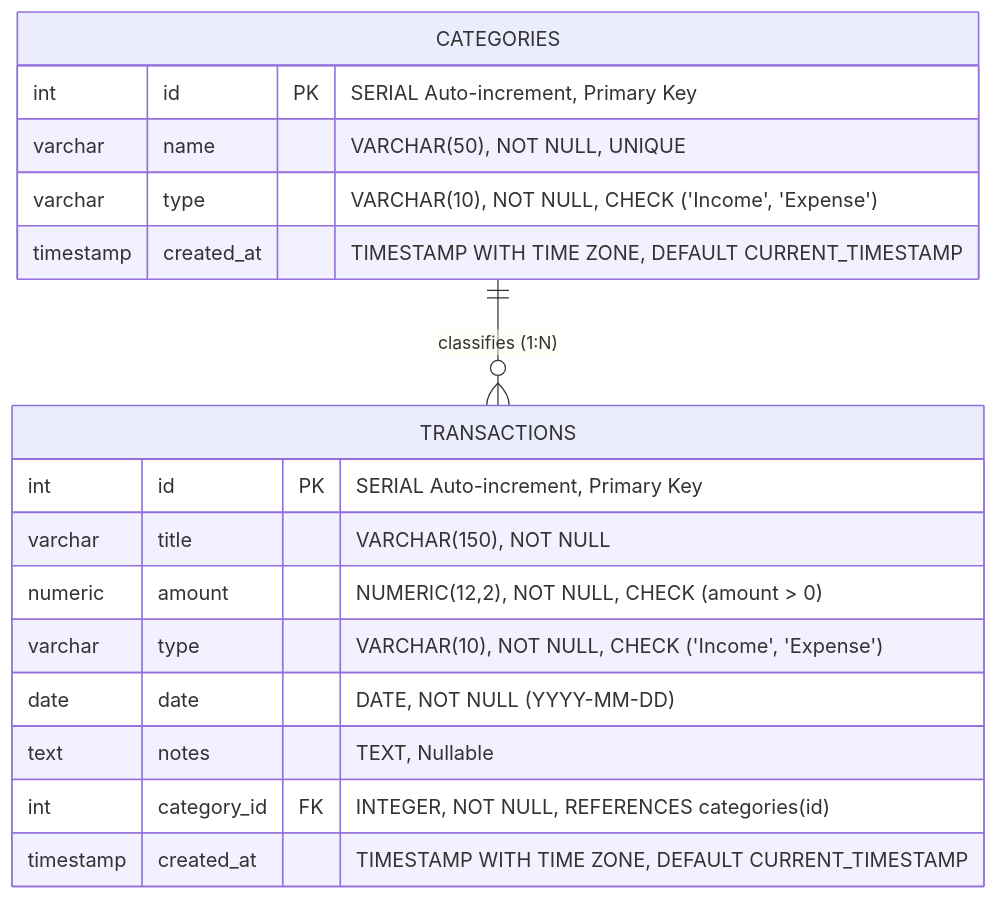
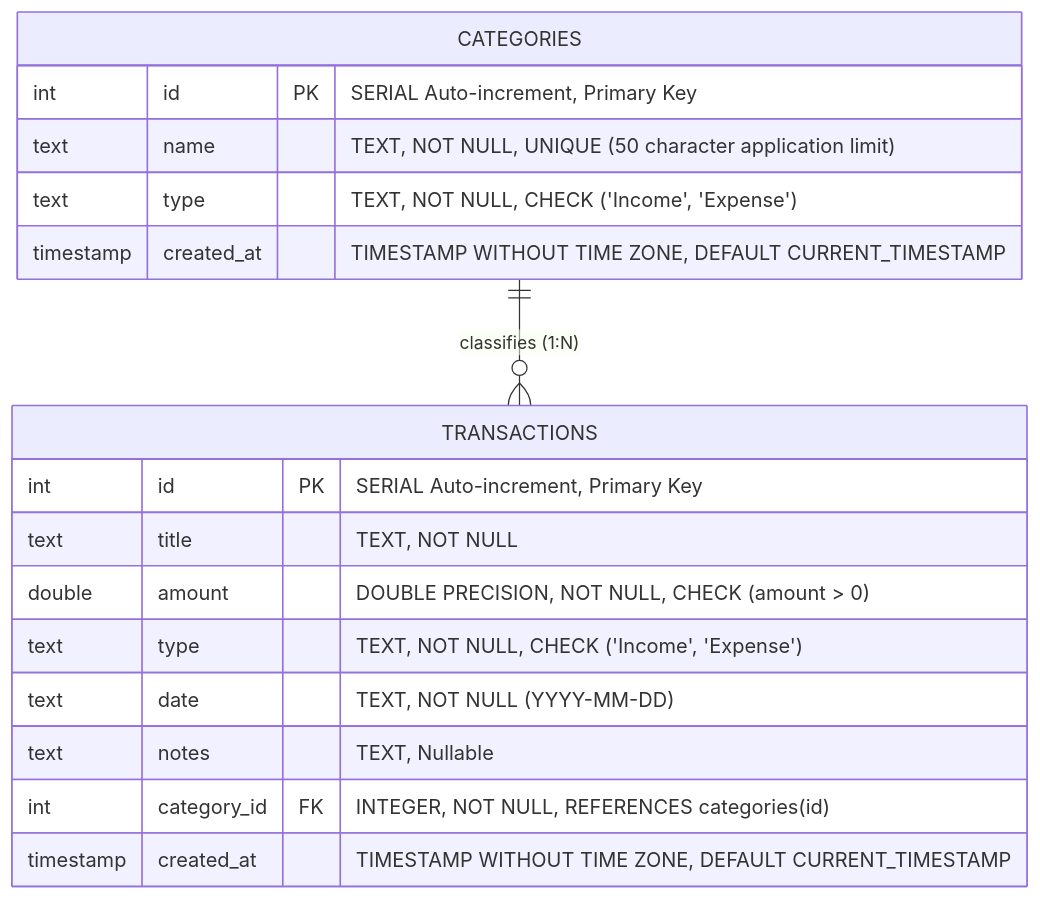
One commit to shreysaxena956/SpendWise changed the diagram in docs/database-design.md. Above: the diagram before and after it, drawn with Mermaid. The commit also changed other lines of this file and 21 other files, not shown here.

````diff
--- a/docs/database-design.md
+++ b/docs/database-design.md
@@ -16,22 +16,22 @@
 ```mermaid
 erDiagram
     CATEGORIES {
         int id PK "SERIAL Auto-increment, Primary Key"
-        varchar name "VARCHAR(50), NOT NULL, UNIQUE"
-        varchar type "VARCHAR(10), NOT NULL, CHECK ('Income', 'Expense')"
-        timestamp created_at "TIMESTAMP WITH TIME ZONE, DEFAULT CURRENT_TIMESTAMP"
+        text name "TEXT, NOT NULL, UNIQUE (50 character application limit)"
+        text type "TEXT, NOT NULL, CHECK ('Income', 'Expense')"
+        timestamp created_at "TIMESTAMP WITHOUT TIME ZONE, DEFAULT CURRENT_TIMESTAMP"
     }
 
     TRANSACTIONS {
         int id PK "SERIAL Auto-increment, Primary Key"
-        varchar title "VARCHAR(150), NOT NULL"
-        numeric amount "NUMERIC(12,2), NOT NULL, CHECK (amount > 0)"
-        varchar type "VARCHAR(10), NOT NULL, CHECK ('Income', 'Expense')"
-        date date "DATE, NOT NULL (YYYY-MM-DD)"
+        text title "TEXT, NOT NULL"
+        double amount "DOUBLE PRECISION, NOT NULL, CHECK (amount > 0)"
+        text type "TEXT, NOT NULL, CHECK ('Income', 'Expense')"
+        text date "TEXT, NOT NULL (YYYY-MM-DD)"
         text notes "TEXT, Nullable"
         int category_id FK "INTEGER, NOT NULL, REFERENCES categories(id)"
-        timestamp created_at "TIMESTAMP WITH TIME ZONE, DEFAULT CURRENT_TIMESTAMP"
+        timestamp created_at "TIMESTAMP WITHOUT TIME ZONE, DEFAULT CURRENT_TIMESTAMP"
     }
 
     CATEGORIES ||--o{ TRANSACTIONS : "classifies (1:N)"
 ```
````
